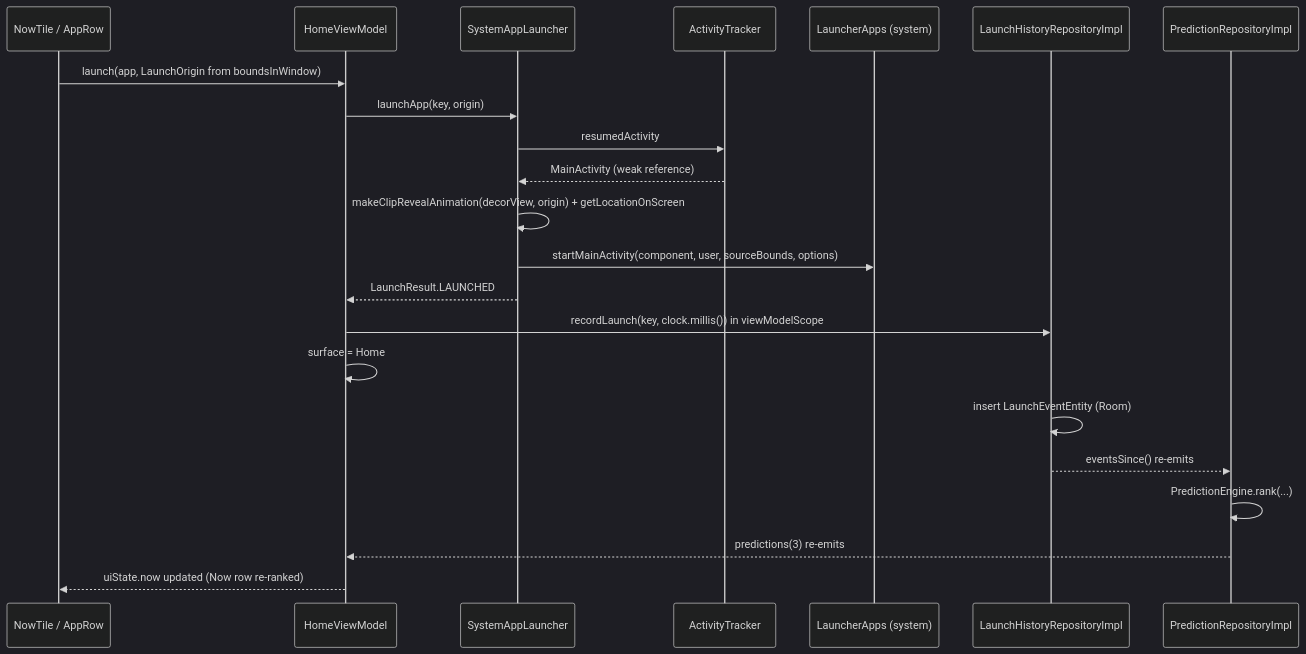
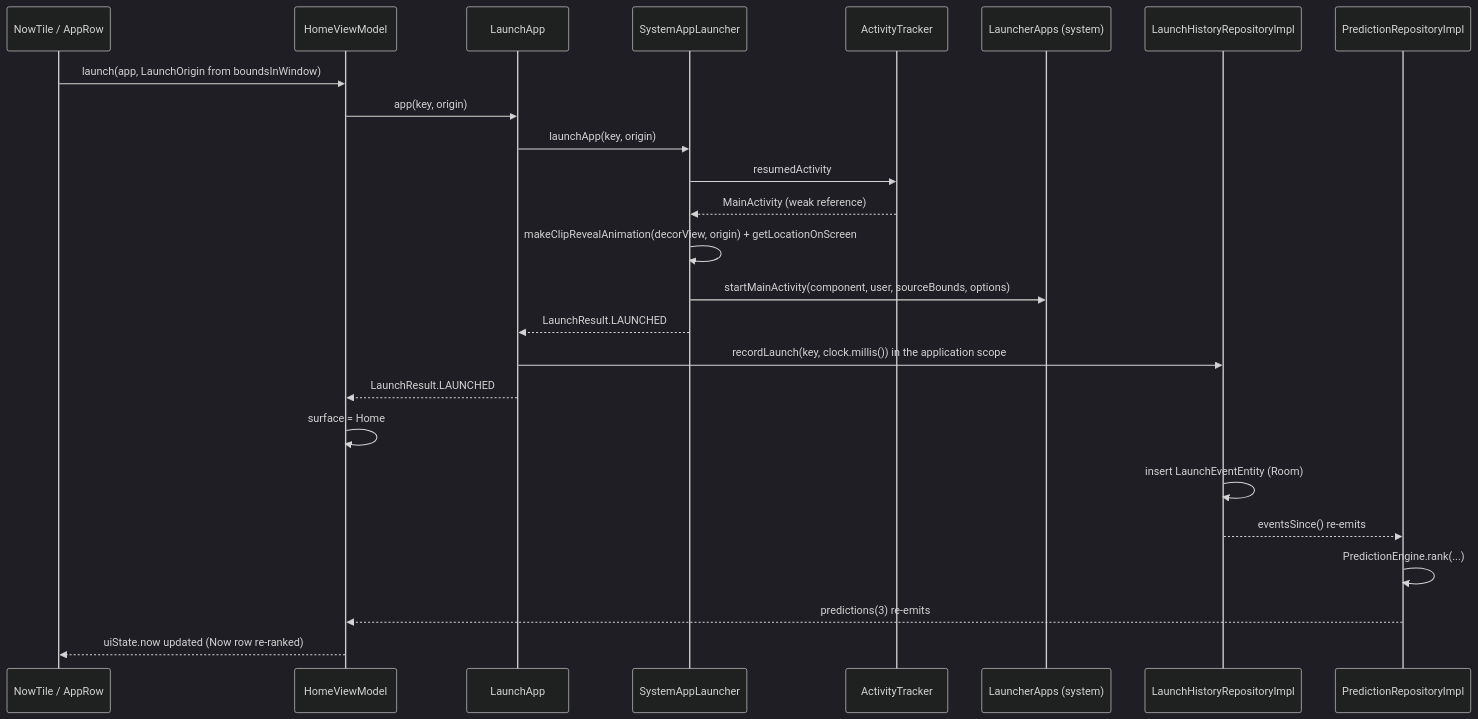
One commit to harundemir918/reachlauncher changed the fourth of 8 diagrams in docs/ARCHITECTURE.md. Above: the diagram before and after it, drawn with Mermaid (dark theme). The commit also changed other lines of this file and 5 other files, not shown here.

````diff
--- a/docs/ARCHITECTURE.md
+++ b/docs/ARCHITECTURE.md
@@ -293,25 +308,28 @@
 ```mermaid
 sequenceDiagram
     participant UI as NowTile / AppRow
     participant VM as HomeViewModel
+    participant U as LaunchApp
     participant L as SystemAppLauncher
     participant T as ActivityTracker
     participant LA as LauncherApps (system)
     participant H as LaunchHistoryRepositoryImpl
     participant P as PredictionRepositoryImpl
 
     UI->>VM: launch(app, LaunchOrigin from boundsInWindow)
-    VM->>L: launchApp(key, origin)
+    VM->>U: app(key, origin)
+    U->>L: launchApp(key, origin)
     L->>T: resumedActivity
     T-->>L: MainActivity (weak reference)
     L->>L: makeClipRevealAnimation(decorView, origin) + getLocationOnScreen
     L->>LA: startMainActivity(component, user, sourceBounds, options)
-    L-->>VM: LaunchResult.LAUNCHED
-    VM->>H: recordLaunch(key, clock.millis()) in viewModelScope
+    L-->>U: LaunchResult.LAUNCHED
+    U->>H: recordLaunch(key, clock.millis()) in the application scope
+    U-->>VM: LaunchResult.LAUNCHED
     VM->>VM: surface = Home
     H->>H: insert LaunchEventEntity (Room)
     H-->>P: eventsSince() re-emits
     P->>P: PredictionEngine.rank(...)
     P-->>VM: predictions(3) re-emits
     VM-->>UI: uiState.now updated (Now row re-ranked)
 ```
````
